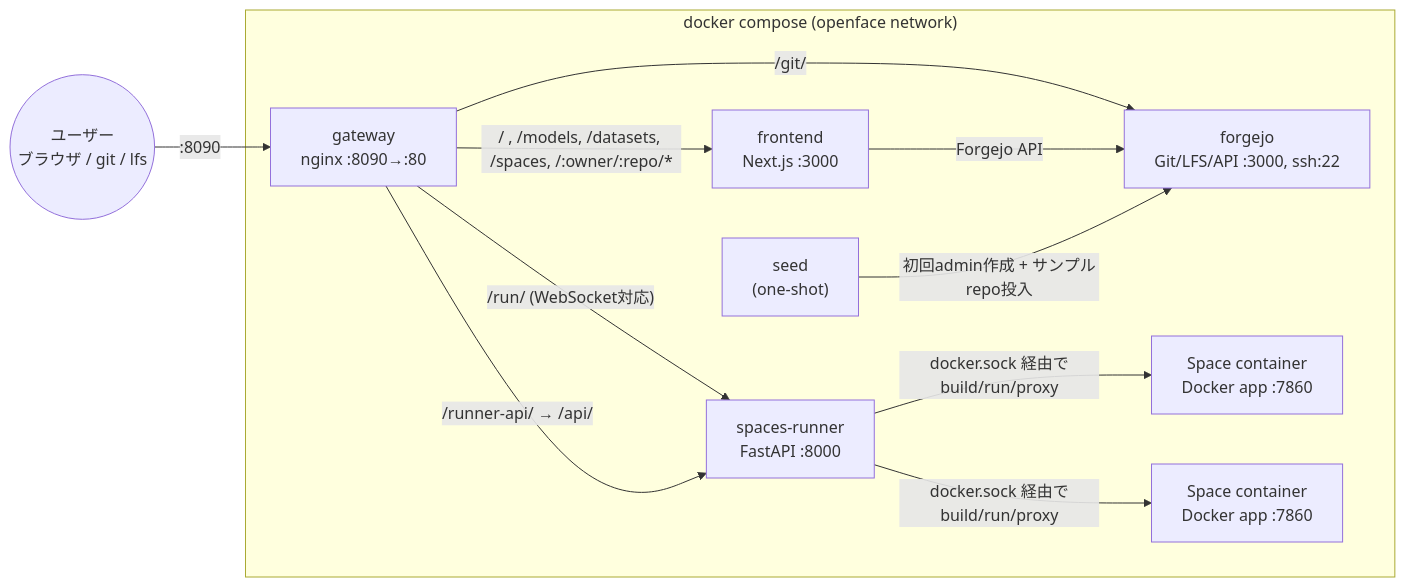
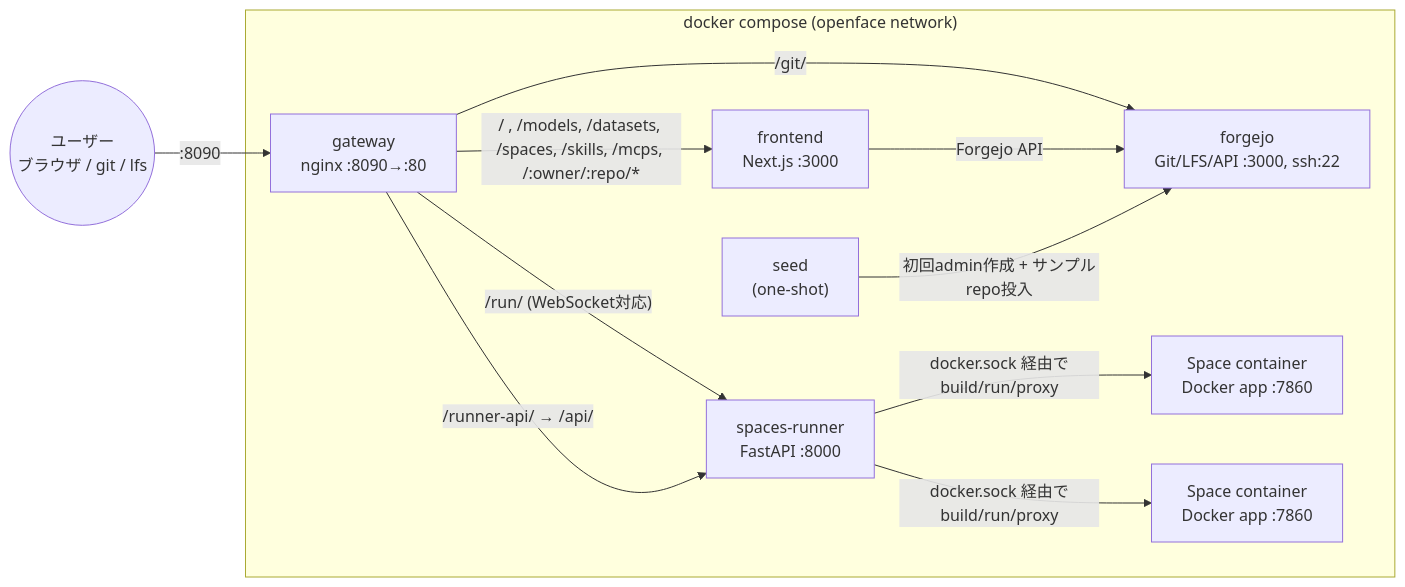
Before and after one commit to Sunwood-ai-labs/OpenFace: the diagram in README.md, drawn with Mermaid. The commit also changed other lines of this file and 5 other files, not shown here.

````diff
--- a/README.md
+++ b/README.md
@@ -27,25 +27,25 @@
 ```mermaid
 flowchart LR
     User((ユーザー<br/>ブラウザ / git / lfs))
 
     subgraph Docker["docker compose (openface network)"]
         Gateway["gateway<br/>nginx :8090→:80"]
         Frontend["frontend<br/>Next.js :3000"]
         Forgejo["forgejo<br/>Git/LFS/API :3000, ssh:22"]
         Runner["spaces-runner<br/>FastAPI :8000"]
         Seed["seed<br/>(one-shot)"]
         SpaceA["Space container<br/>Docker app :7860"]
         SpaceB["Space container<br/>Docker app :7860"]
 
-        Gateway -- "/ , /models, /datasets, /spaces, /:owner/:repo/*" --> Frontend
+        Gateway -- "/ , /models, /datasets, /spaces, /skills, /mcps, /:owner/:repo/*" --> Frontend
         Gateway -- "/git/" --> Forgejo
         Gateway -- "/run/ (WebSocket対応)" --> Runner
         Gateway -- "/runner-api/ → /api/" --> Runner
         Frontend -- "Forgejo API" --> Forgejo
         Runner -- "docker.sock 経由でbuild/run/proxy" --> SpaceA
         Runner -- "docker.sock 経由でbuild/run/proxy" --> SpaceB
         Seed -- "初回admin作成 + サンプルrepo投入" --> Forgejo
     end
 
     User -- ":8090" --> Gateway
 ```
````
